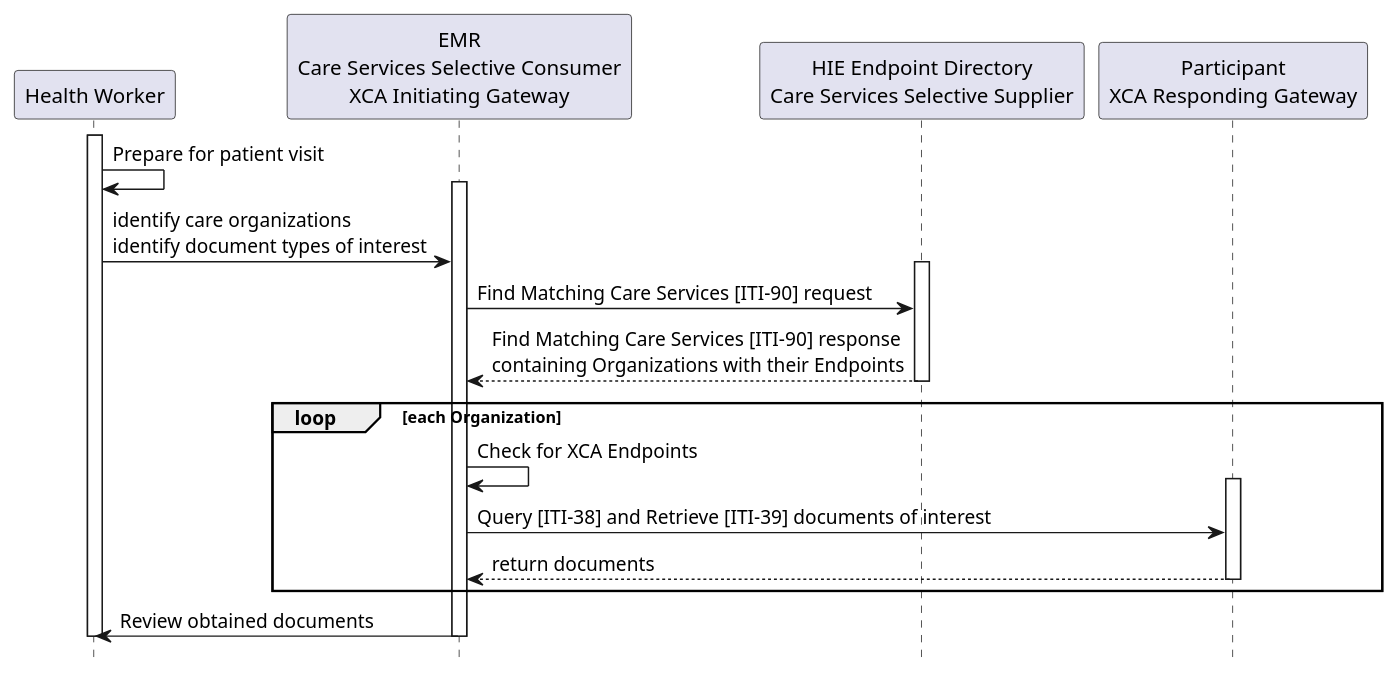
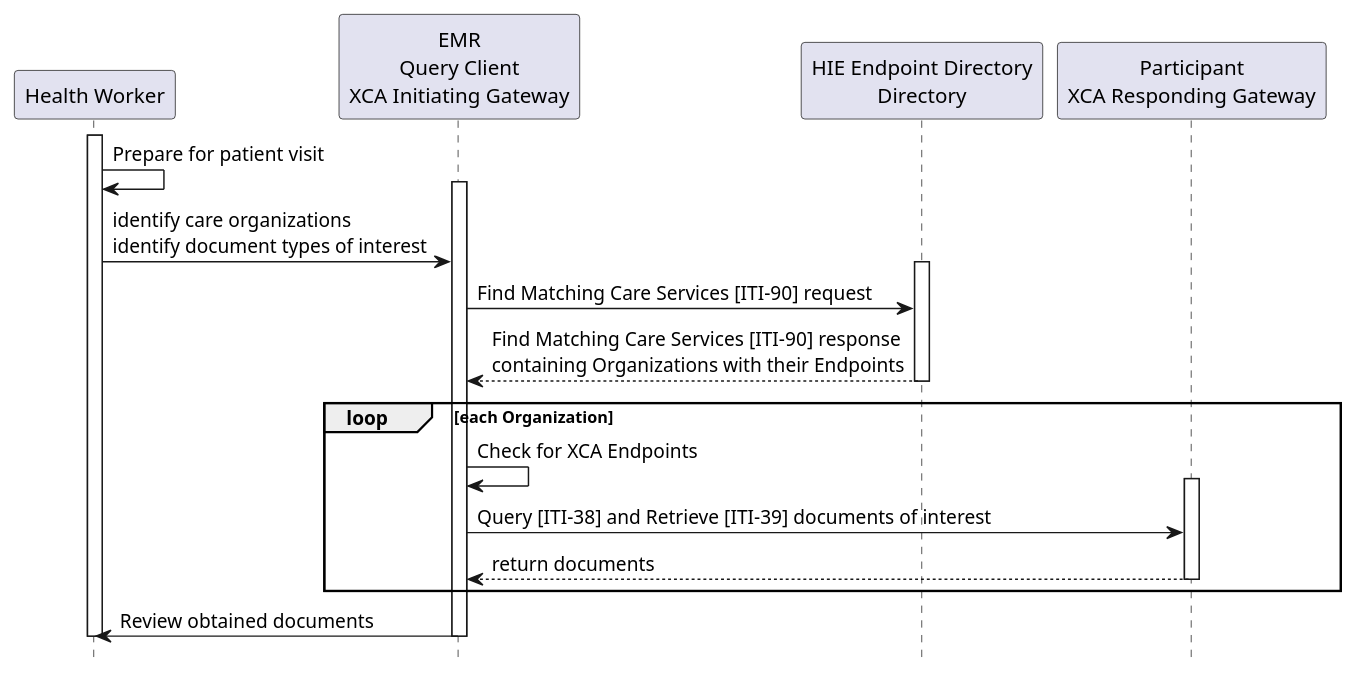
One commit to IHE/ITI.mCSD changed the diagram in input/images-source/usecase6-processflow.plantuml. Above: the diagram before and after it, drawn with PlantUML. The commit also changed 9 other files, not shown here.

Commit message:
Updated transaction and use case diagrams for the new actor names.

```diff
--- a/input/images-source/usecase6-processflow.plantuml
+++ b/input/images-source/usecase6-processflow.plantuml
@@ -1,26 +1,26 @@
 @startuml
 hide footbox
 participant "Health Worker" as HW
-participant "EMR\nCare Services Selective Consumer\nXCA Initiating Gateway" as EMR
-participant "HIE Endpoint Directory\nCare Services Selective Supplier" as Directory
+participant "EMR\nQuery Client\nXCA Initiating Gateway" as EMR
+participant "HIE Endpoint Directory\nDirectory" as Directory
 participant "Participant\nXCA Responding Gateway" as Responder67
 
 activate HW
 HW -> HW: Prepare for patient visit
 activate EMR
 HW -> EMR: identify care organizations\nidentify document types of interest
 activate Directory
 EMR-> Directory: Find Matching Care Services [ITI-90] request
 Directory --> EMR: Find Matching Care Services [ITI-90] response\ncontaining Organizations with their Endpoints
 deactivate Directory
 loop each Organization
 EMR -> EMR: Check for XCA Endpoints
 activate Responder67
 EMR-> Responder67: Query [ITI-38] and Retrieve [ITI-39] documents of interest
 Responder67 --> EMR: return documents
 deactivate Responder67
 end
 EMR -> HW : Review obtained documents
 deactivate HW
 deactivate EMR
 @enduml
```
